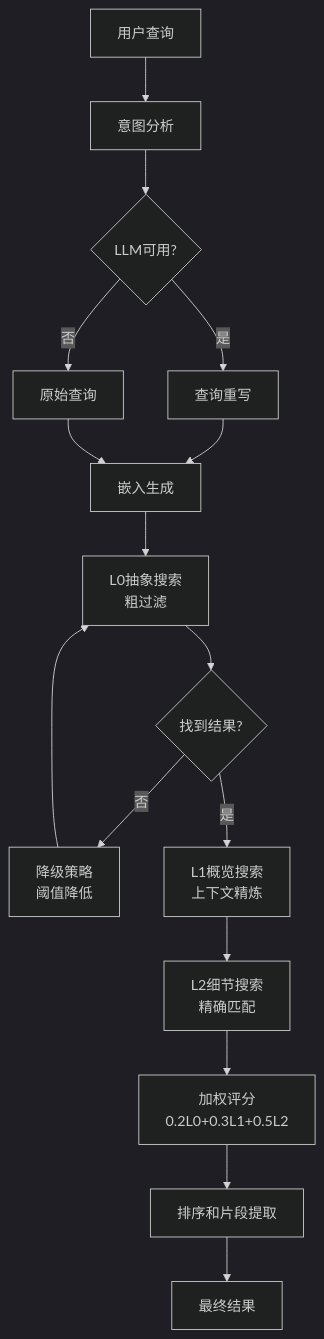
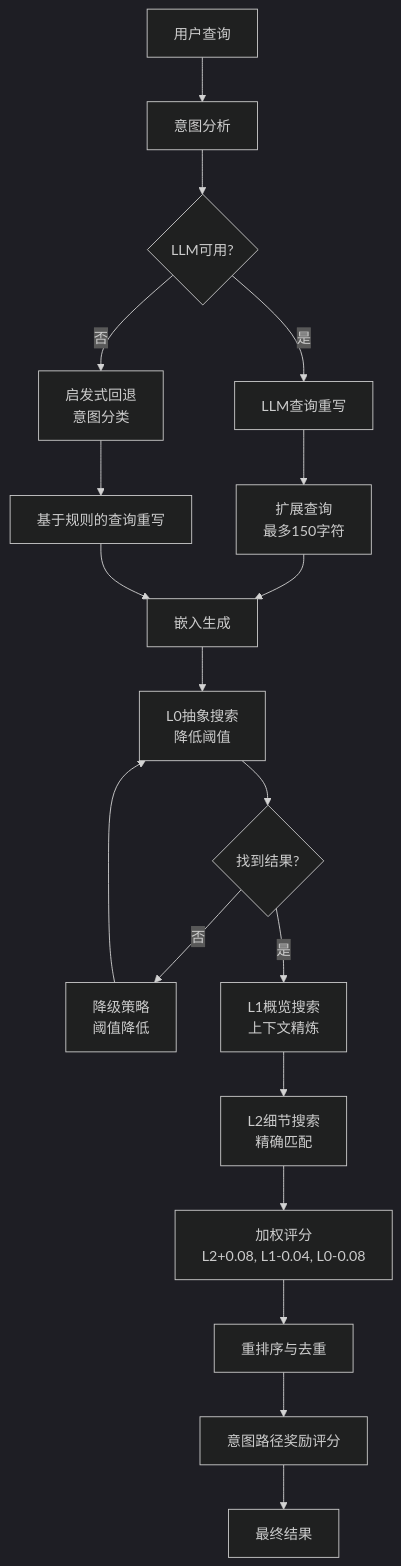
The diagram in litho.docs/zh/4、深入探索/搜索引擎领域.md (donsummerwind/cortex-mem), drawn with Mermaid (dark theme) before and after one commit. The commit also changed other lines of this file and 6 other files, not shown here.

````diff
--- a/litho.docs/zh/4、深入探索/搜索引擎领域.md
+++ b/litho.docs/zh/4、深入探索/搜索引擎领域.md
@@ -28,18 +29,21 @@
 ```mermaid
 graph TD
     A[用户查询] --> B[意图分析]
     B --> C{LLM可用?}
-    C -->|是| D[查询重写]
-    C -->|否| E[原始查询]
-    D --> F[嵌入生成]
-    E --> F
-    F --> G[L0抽象搜索<br/>粗过滤]
-    G --> H{找到结果?}
-    H -->|否| I[降级策略<br/>阈值降低]
-    H -->|是| J[L1概览搜索<br/>上下文精炼]
-    I --> G
-    J --> K[L2细节搜索<br/>精确匹配]
-    K --> L[加权评分<br/>0.2L0+0.3L1+0.5L2]
-    L --> M[排序和片段提取]
-    M --> N[最终结果]
+    C -->|是| D[LLM查询重写]
+    C -->|否| E[启发式回退<br/>意图分类]
+    D --> F[扩展查询<br/>最多150字符]
+    E --> G[基于规则的查询重写]
+    F --> H[嵌入生成]
+    G --> H
+    H --> I[L0抽象搜索<br/>降低阈值]
+    I --> J{找到结果?}
+    J -->|否| K[降级策略<br/>阈值降低]
+    J -->|是| L[L1概览搜索<br/>上下文精炼]
+    K --> I
+    L --> M[L2细节搜索<br/>精确匹配]
+    M --> N[加权评分<br/>L2+0.08, L1-0.04, L0-0.08]
+    N --> O[重排序与去重]
+    O --> P[意图路径奖励评分]
+    P --> Q[最终结果]
 ```
````
